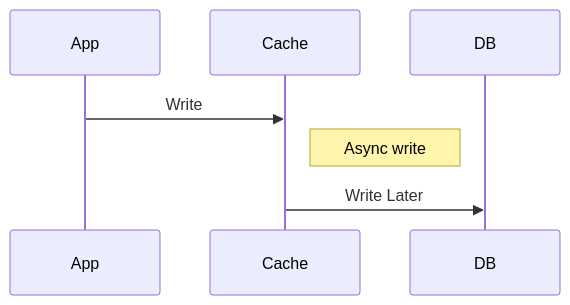
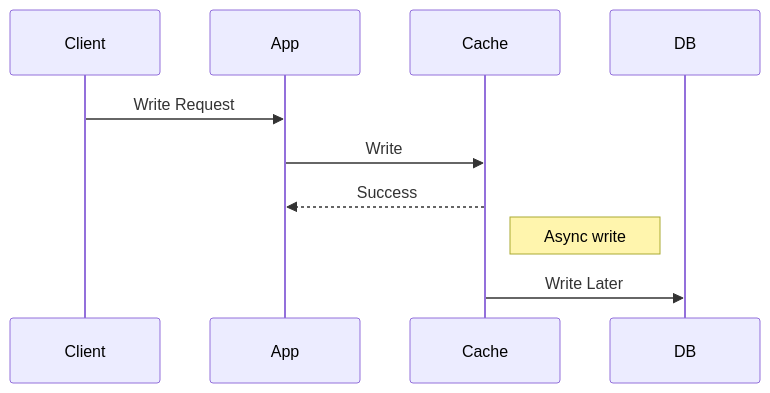
The fourth of 10 diagrams in HLD/Concepts/Caching/readme.md (spandit230496/design_pattern), drawn with Mermaid before and after one commit. The commit also changed other lines of this file, not shown here.

Commit message:
add:cache design

````diff
--- a/HLD/Concepts/Caching/readme.md
+++ b/HLD/Concepts/Caching/readme.md
@@ -86,10 +139,14 @@
 ```mermaid
 sequenceDiagram
+    participant Client
     participant App
     participant Cache
     participant DB
 
+    Client->>App: Write Request
     App->>Cache: Write
+    Cache-->>App: Success
+
     Note right of Cache: Async write
     Cache->>DB: Write Later
 ```
````
